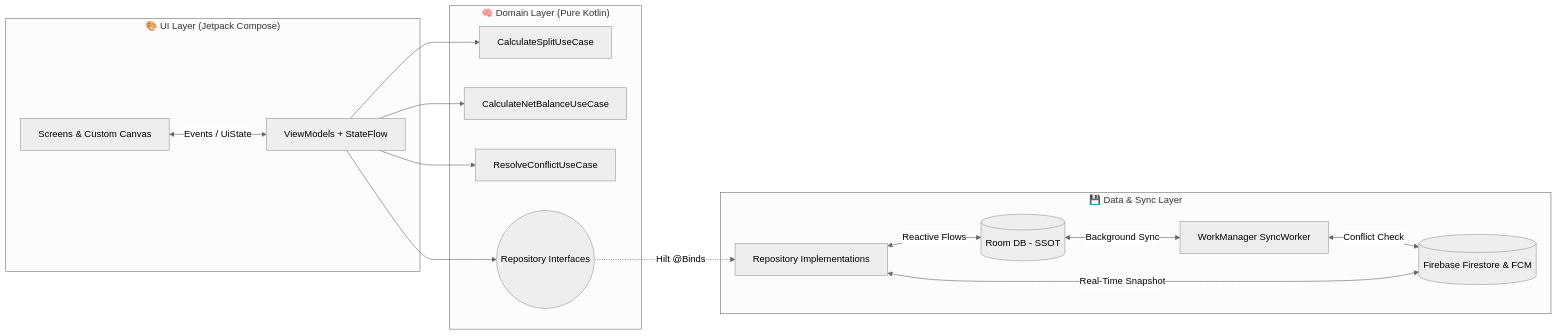
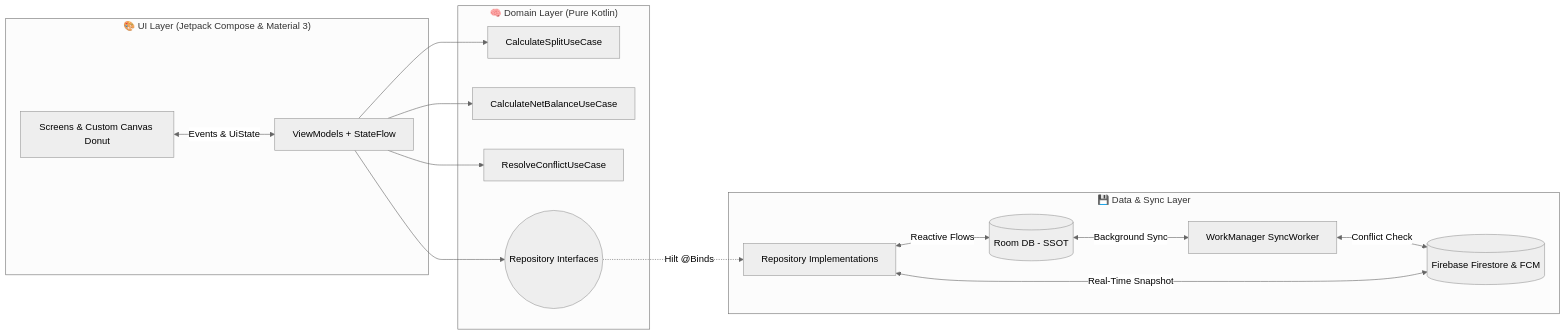
Before and after one commit to RaviYadavO4/SplitSync: the diagram in README.md, drawn with Mermaid (neutral theme). The commit also changed other lines of this file, not shown here.

Commit message:
Enhance README.md with professional framed screenshot gallery and comprehensive architecture details

````diff
--- a/README.md
+++ b/README.md
@@ -71,30 +96,30 @@
 ```mermaid
 flowchart LR
-    subgraph Presentation ["🎨 UI Layer (Jetpack Compose)"]
-        UI[Screens & Custom Canvas]
+    subgraph Presentation ["🎨 UI Layer (Jetpack Compose & Material 3)"]
+        UI[Screens & Custom Canvas Donut]
         VM[ViewModels + StateFlow]
-        UI <-->|Events / UiState| VM
+        UI <-->|Events & UiState| VM
     end
 
     subgraph Domain ["🧠 Domain Layer (Pure Kotlin)"]
         UC1[CalculateSplitUseCase]
         UC2[CalculateNetBalanceUseCase]
         UC3[ResolveConflictUseCase]
         REPO_INT((Repository Interfaces))
     end
 
     subgraph Data ["💾 Data & Sync Layer"]
         REPO[Repository Implementations]
         ROOM[(Room DB - SSOT)]
         WM[WorkManager SyncWorker]
         FB[(Firebase Firestore & FCM)]
     end
 
     VM --> UC1 & UC2 & UC3
     VM --> REPO_INT
     REPO_INT -.->|Hilt @Binds| REPO
     REPO <-->|Reactive Flows| ROOM
     ROOM <-->|Background Sync| WM
     WM <-->|Conflict Check| FB
     REPO <-->|Real-Time Snapshot| FB
 ```
````
